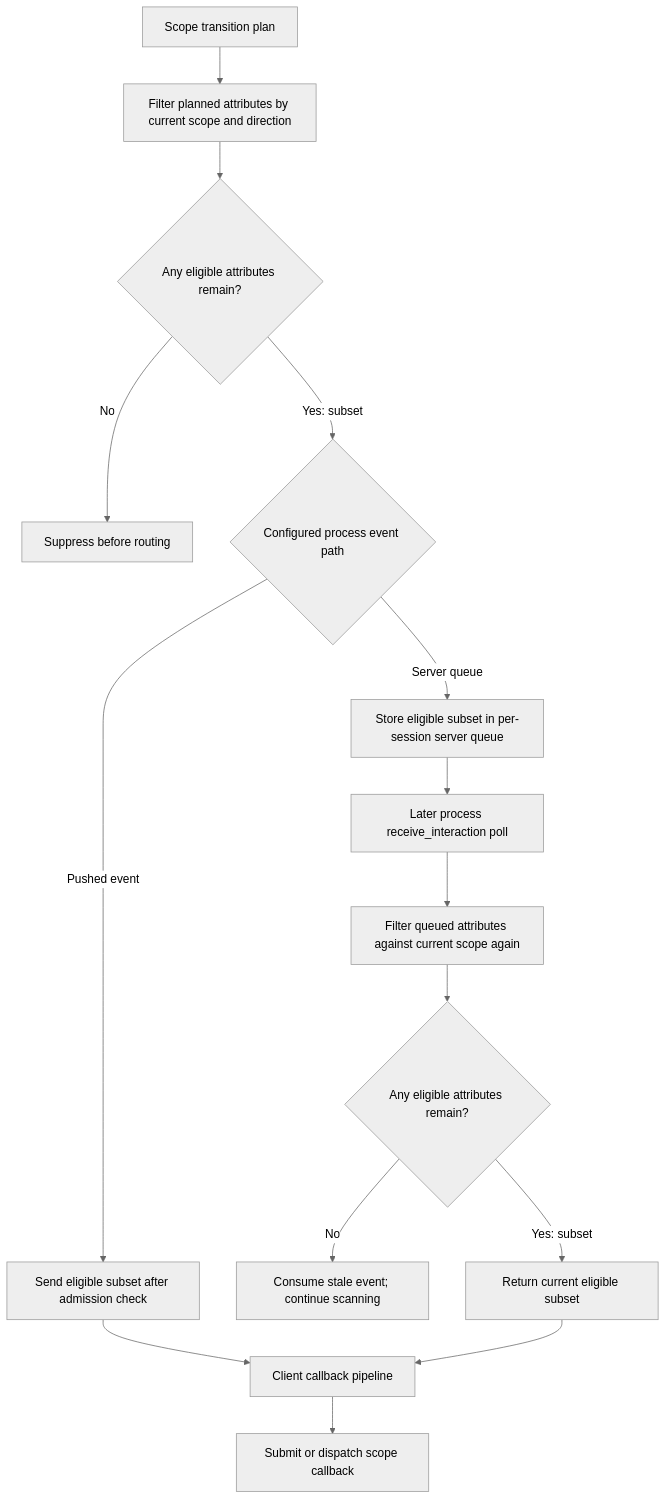
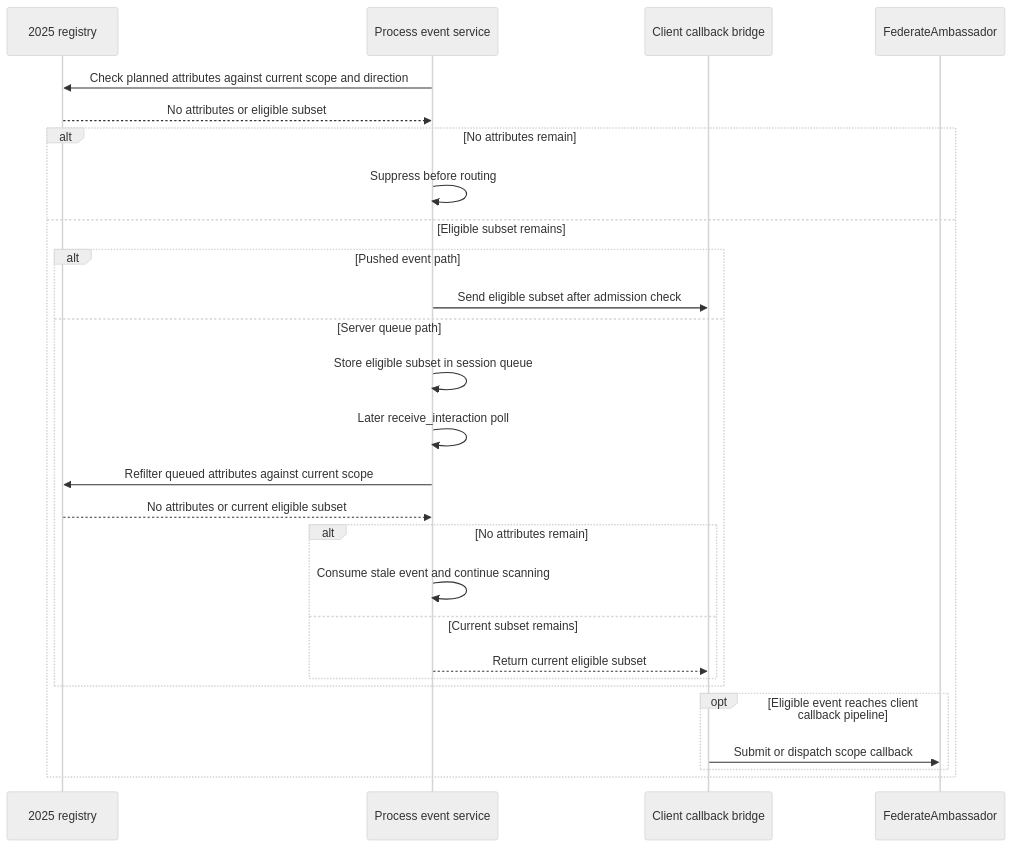
Before and after one commit to sheepfling/umbra: the third of 4 diagrams in docs/design/HLA-2025-ATTRIBUTE-SCOPE-ADVISORY-FLOW-GUIDE.md, drawn with Mermaid (neutral theme). The commit also changed other lines of this file and 39 other files, not shown here.

Commit message:
Document IEEE 1516.1-2025 behavior flows

```diff
--- a/docs/design/HLA-2025-ATTRIBUTE-SCOPE-ADVISORY-FLOW-GUIDE.md
+++ b/docs/design/HLA-2025-ATTRIBUTE-SCOPE-ADVISORY-FLOW-GUIDE.md
@@ -182,17 +213,29 @@
 ~~~mermaid
-flowchart TD
-  Plan["Scope transition plan"] --> Filter["Filter planned attributes by current scope and direction"]
-  Filter --> Eligible{"Any eligible attributes remain?"}
-  Eligible -->|No| Drop["Suppress before routing"]
-  Eligible -->|Yes: subset| Mode{"Configured process event path"}
-  Mode -->|Pushed event| Push["Send eligible subset after admission check"]
-  Push --> Client["Client callback pipeline"]
-  Mode -->|Server queue| Queue["Store eligible subset in per-session server queue"]
-  Queue --> Receive["Later process receive_interaction poll"]
-  Receive --> Refilter["Filter queued attributes against current scope again"]
-  Refilter --> Any{"Any eligible attributes remain?"}
-  Any -->|No| Suppress["Consume stale event; continue scanning"]
-  Any -->|Yes: subset| Return["Return current eligible subset"]
-  Return --> Client
-  Client --> Callback["Submit or dispatch scope callback"]
+sequenceDiagram
+  participant Registry as 2025 registry
+  participant Service as Process event service
+  participant Client as Client callback bridge
+  participant App as FederateAmbassador
+  Service->>Registry: Check planned attributes against current scope and direction
+  Registry-->>Service: No attributes or eligible subset
+  alt No attributes remain
+    Service->>Service: Suppress before routing
+  else Eligible subset remains
+    alt Pushed event path
+      Service->>Client: Send eligible subset after admission check
+    else Server queue path
+      Service->>Service: Store eligible subset in session queue
+      Service->>Service: Later receive_interaction poll
+      Service->>Registry: Refilter queued attributes against current scope
+      Registry-->>Service: No attributes or current eligible subset
+      alt No attributes remain
+        Service->>Service: Consume stale event and continue scanning
+      else Current subset remains
+        Service-->>Client: Return current eligible subset
+      end
+    end
+    opt Eligible event reaches client callback pipeline
+      Client->>App: Submit or dispatch scope callback
+    end
+  end
 ~~~
```
